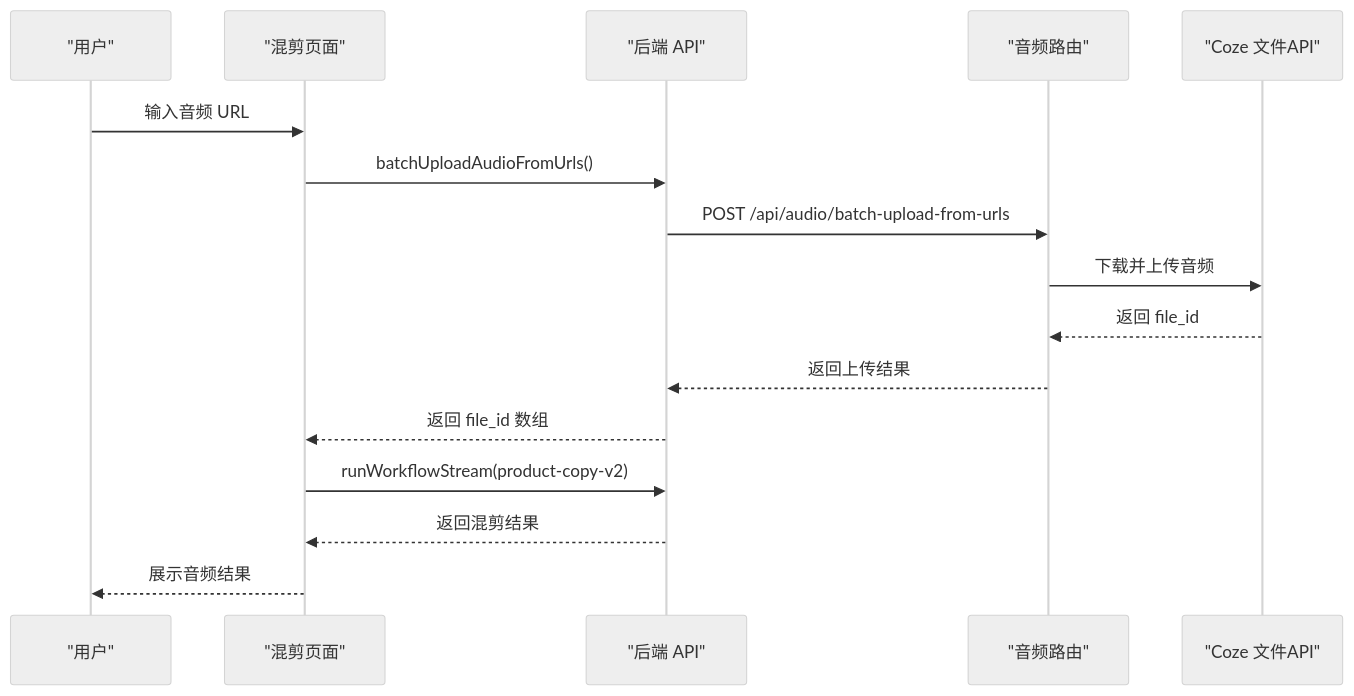
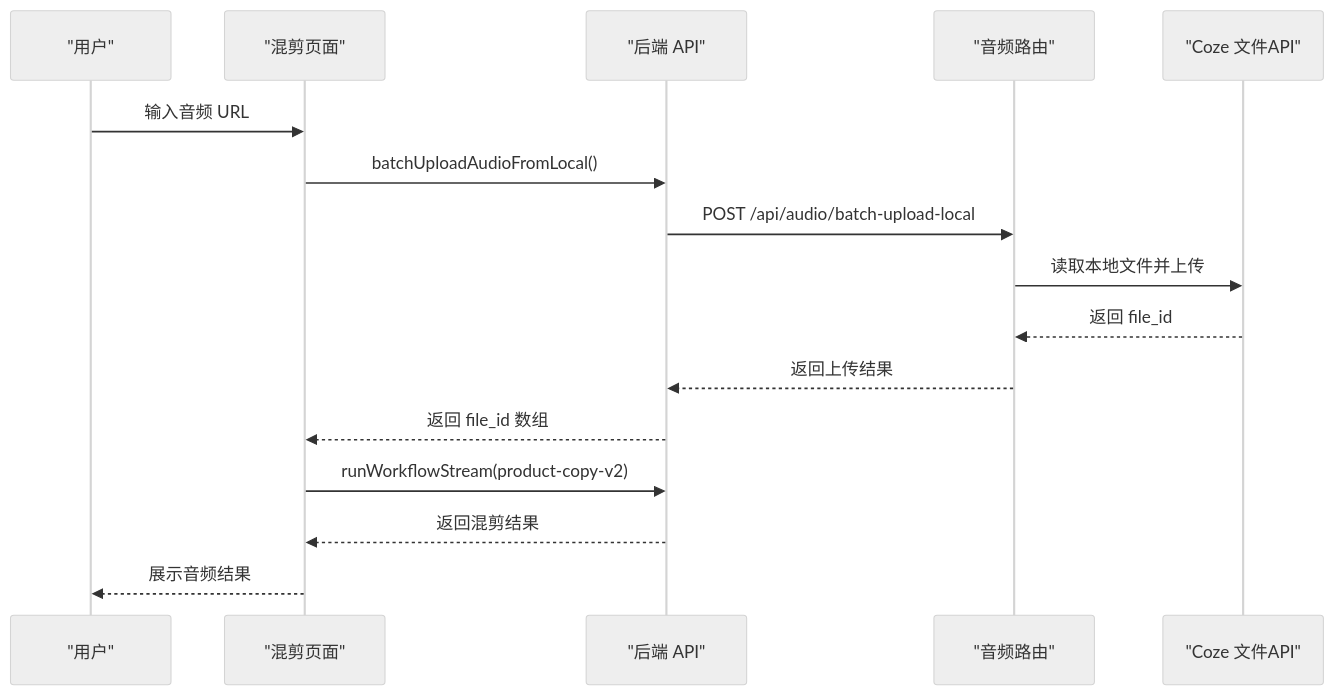
The eighth of 11 diagrams in .qoder/repowiki/zh/content/多模态工作流模块/多模态工作流模块.md (hanksd769-droid/sailshub), drawn with Mermaid (neutral theme) before and after one commit. The commit also changed other lines of this file and 3 other files, not shown here.

````diff
--- a/.qoder/repowiki/zh/content/多模态工作流模块/多模态工作流模块.md
+++ b/.qoder/repowiki/zh/content/多模态工作流模块/多模态工作流模块.md
@@ -351,18 +357,18 @@
 ```mermaid
 sequenceDiagram
 participant User as "用户"
 participant MixPage as "混剪页面"
 participant API as "后端 API"
 participant AudioRoute as "音频路由"
 participant Coze as "Coze 文件API"
 User->>MixPage : 输入音频 URL
-MixPage->>API : batchUploadAudioFromUrls()
-API->>AudioRoute : POST /api/audio/batch-upload-from-urls
-AudioRoute->>Coze : 下载并上传音频
+MixPage->>API : batchUploadAudioFromLocal()
+API->>AudioRoute : POST /api/audio/batch-upload-local
+AudioRoute->>Coze : 读取本地文件并上传
 Coze-->>AudioRoute : 返回 file_id
 AudioRoute-->>API : 返回上传结果
 API-->>MixPage : 返回 file_id 数组
 MixPage->>API : runWorkflowStream(product-copy-v2)
 API-->>MixPage : 返回混剪结果
 MixPage-->>User : 展示音频结果
 ```
````
